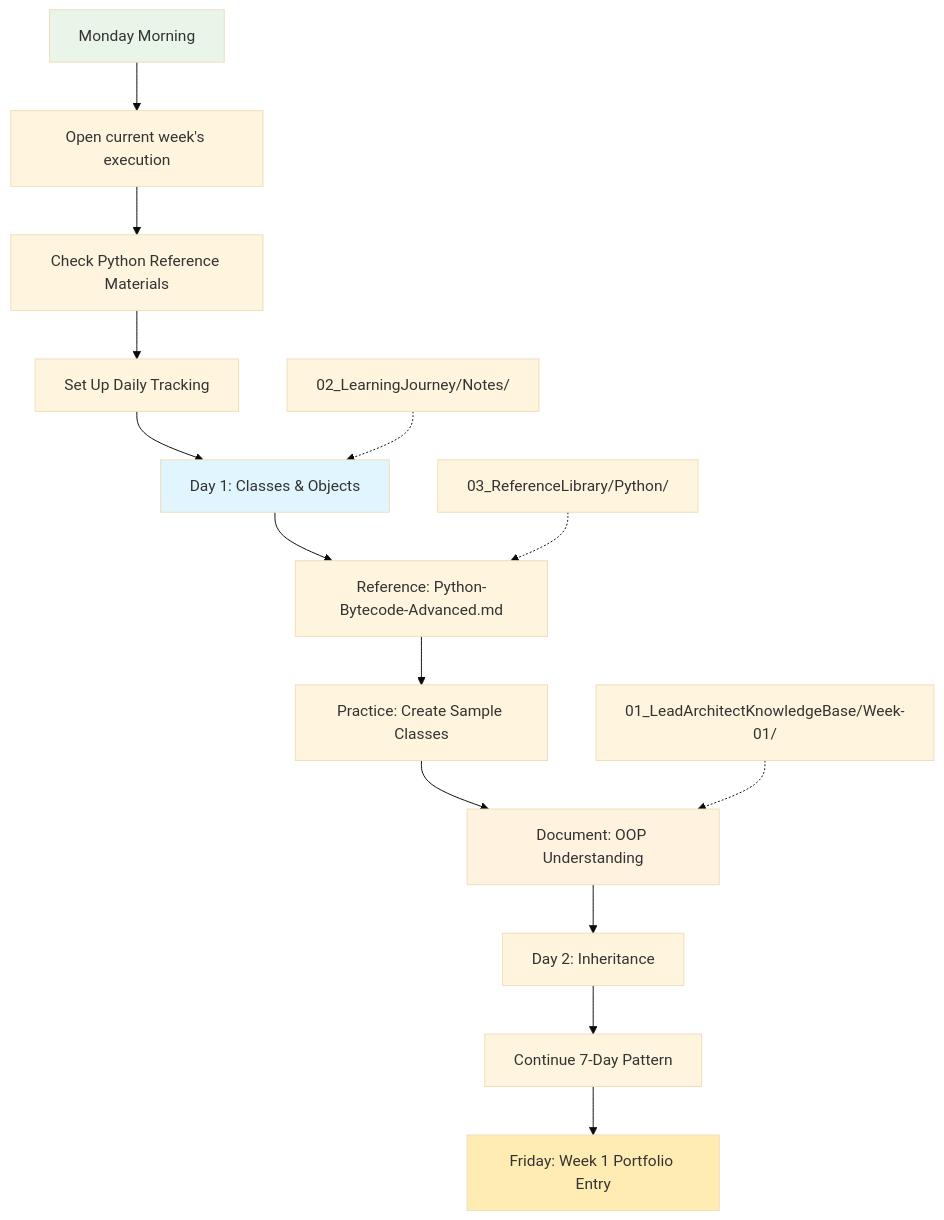
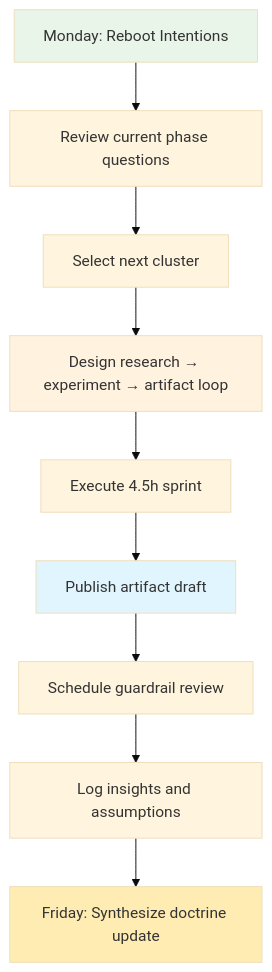
One commit to Swamy-s-Tech-Skills-Academy/swamy-tech-skills-academy-main changed the second of 2 diagrams in README.md. Above: the diagram before and after it, drawn with Mermaid (base theme). The commit also changed other lines of this file and 14 other files, not shown here.

````diff
--- a/README.md
+++ b/README.md
@@ -332,24 +84,16 @@
 ```mermaid
 graph TD
-    A[Monday Morning] --> B[Open current week's execution]
-    B --> C[Check Python Reference Materials]
-    C --> D[Set Up Daily Tracking]
-    D --> E[Day 1: Classes & Objects]
-
-    E --> F[Reference: Python-Bytecode-Advanced.md]
-    F --> G[Practice: Create Sample Classes]
-    G --> H[Document: OOP Understanding]
-
-    H --> I[Day 2: Inheritance]
-    I --> J[Continue 7-Day Pattern]
-    J --> K[Friday: Week 1 Portfolio Entry]
-
-    C1[03_ReferenceLibrary/Python/] -.-> F
-    C2[02_LearningJourney/Notes/] -.-> E
-    C3[01_LeadArchitectKnowledgeBase/Week-01/] -.-> H
+    A[Monday: Reboot Intentions] --> B[Review current phase questions]
+    B --> C[Select next cluster]
+    C --> D[Design research → experiment → artifact loop]
+    D --> E[Execute 4.5h sprint]
+    E --> F[Publish artifact draft]
+    F --> G[Schedule guardrail review]
+    G --> H[Log insights and assumptions]
+    H --> I[Friday: Synthesize doctrine update]
 
     style A fill:#e8f5e8
-    style E fill:#e1f5fe
-    style H fill:#fff3e0
-    style K fill:#ffecb3
+    style D fill:#fff3e0
+    style F fill:#e1f5fe
+    style I fill:#ffecb3
 ```
````
